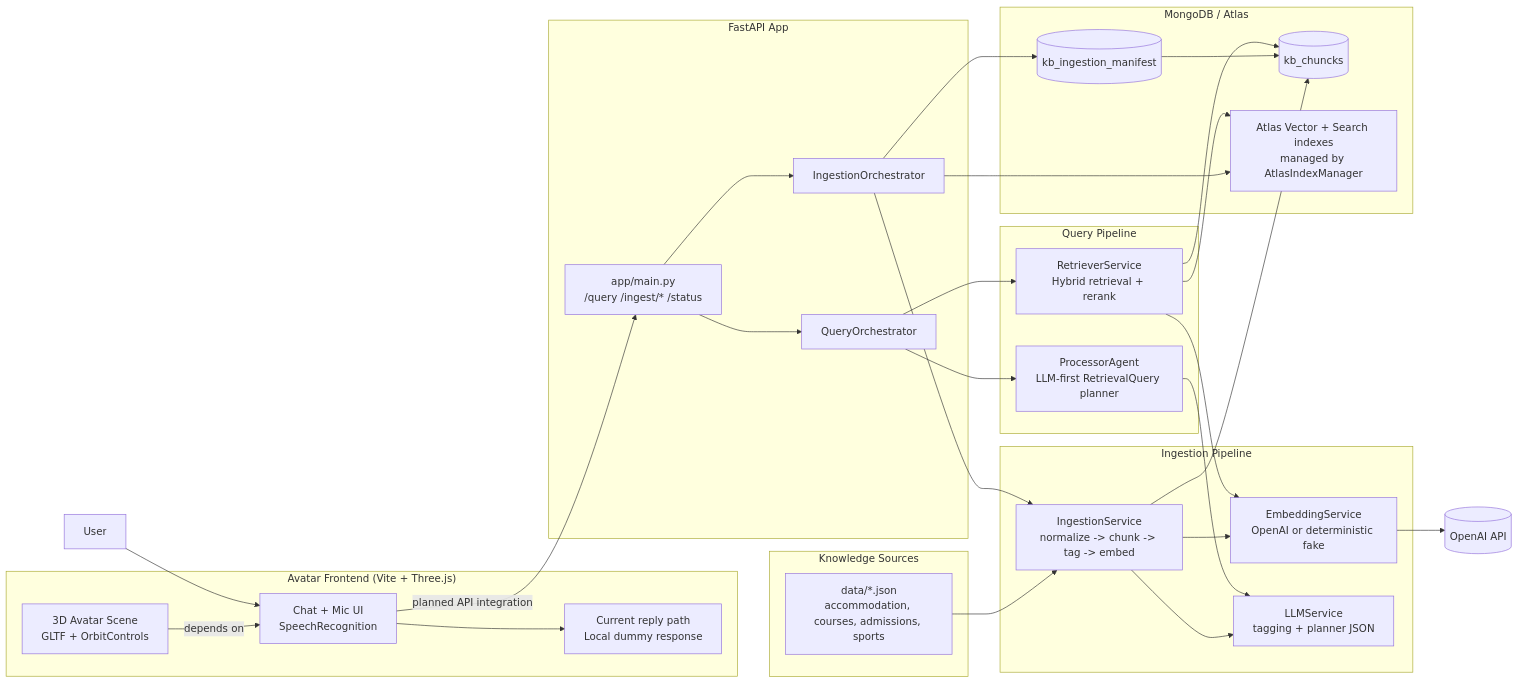
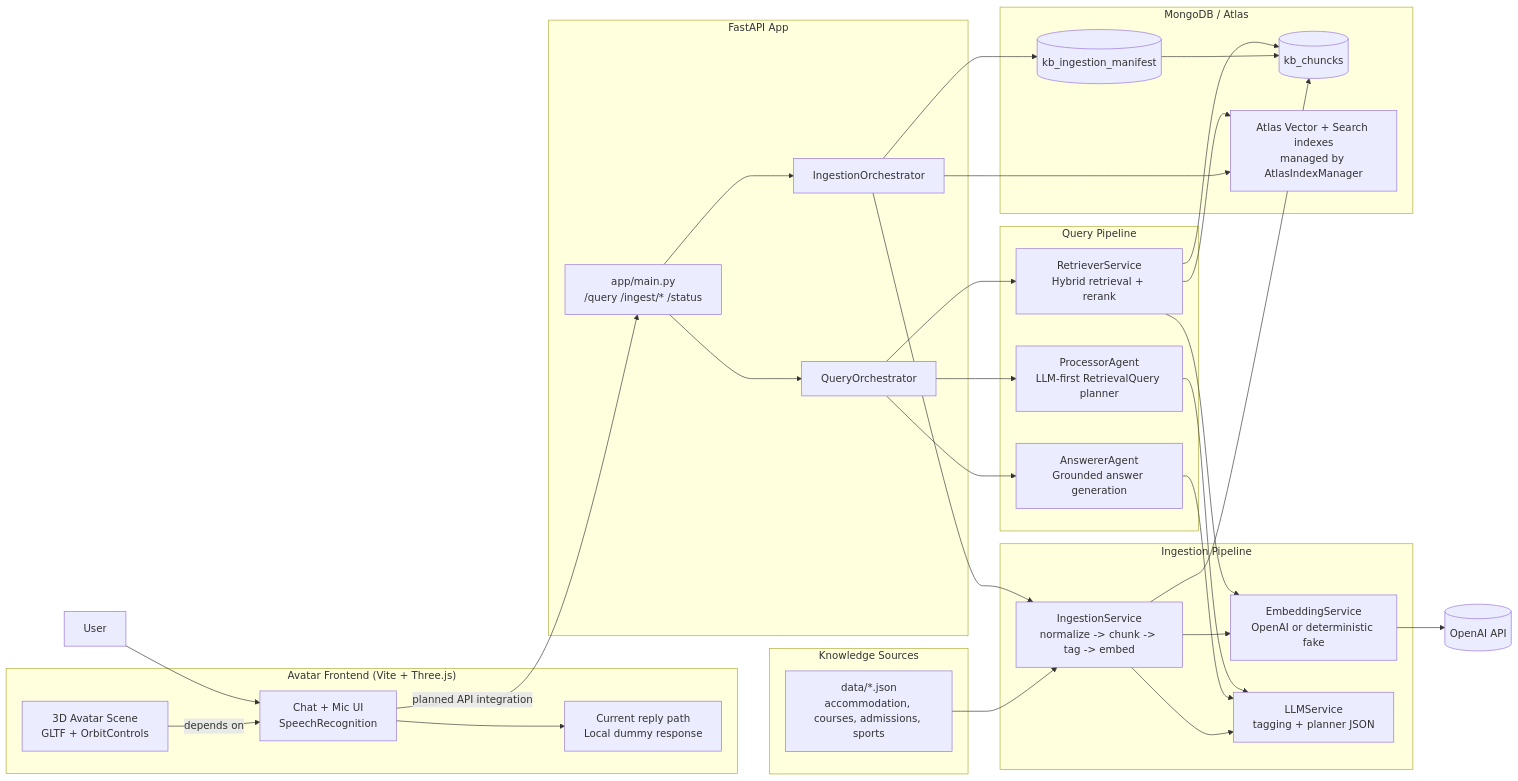
One commit to EmmanuelAdio/PartD_GroupProject changed the first of 2 diagrams in SYSTEM_DIAGRAM.md. Above: the diagram before and after it, drawn with Mermaid. The commit also changed other lines of this file and 10 other files, not shown here.

````diff
--- a/SYSTEM_DIAGRAM.md
+++ b/SYSTEM_DIAGRAM.md
@@ -5,64 +5,67 @@
 ```mermaid
 flowchart LR
     U[User]
 
     subgraph FE["Avatar Frontend (Vite + Three.js)"]
         AV[3D Avatar Scene<br/>GLTF + OrbitControls]
         UI[Chat + Mic UI<br/>SpeechRecognition]
         DUMMY[Current reply path<br/>Local dummy response]
     end
 
     subgraph API[FastAPI App]
         MAIN[app/main.py<br/>/query /ingest/* /status]
         QO[QueryOrchestrator]
         IO[IngestionOrchestrator]
     end
 
     subgraph QP[Query Pipeline]
         PA[ProcessorAgent<br/>LLM-first RetrievalQuery planner]
         RS[RetrieverService<br/>Hybrid retrieval + rerank]
+        AA[AnswererAgent<br/>Grounded answer generation]
     end
 
     subgraph ING[Ingestion Pipeline]
         IS[IngestionService<br/>normalize -> chunk -> tag -> embed]
         ES[EmbeddingService<br/>OpenAI or deterministic fake]
         LS[LLMService<br/>tagging + planner JSON]
     end
 
     subgraph DB[MongoDB / Atlas]
         CH[(kb_chuncks)]
         MF[(kb_ingestion_manifest)]
         IDX[Atlas Vector + Search indexes<br/>managed by AtlasIndexManager]
     end
 
     subgraph DATA[Knowledge Sources]
         JSON[data/*.json<br/>accommodation, courses, admissions, sports]
     end
 
     OAI[(OpenAI API)]
 
     U --> UI
     UI --> DUMMY
     UI -->|planned API integration| MAIN
     AV -->|depends on| UI
 
     MAIN --> QO
     MAIN --> IO
 
     QO --> PA
     QO --> RS
+    QO --> AA
     PA --> LS
     RS --> CH
     RS --> IDX
     RS --> ES
+    AA --> LS
     ES --> OAI
 
     IO --> IS
     JSON --> IS
     IS --> ES
     IS --> LS
     IS --> CH
     IO --> MF
     IO --> IDX
     MF --> CH
 ```
````
